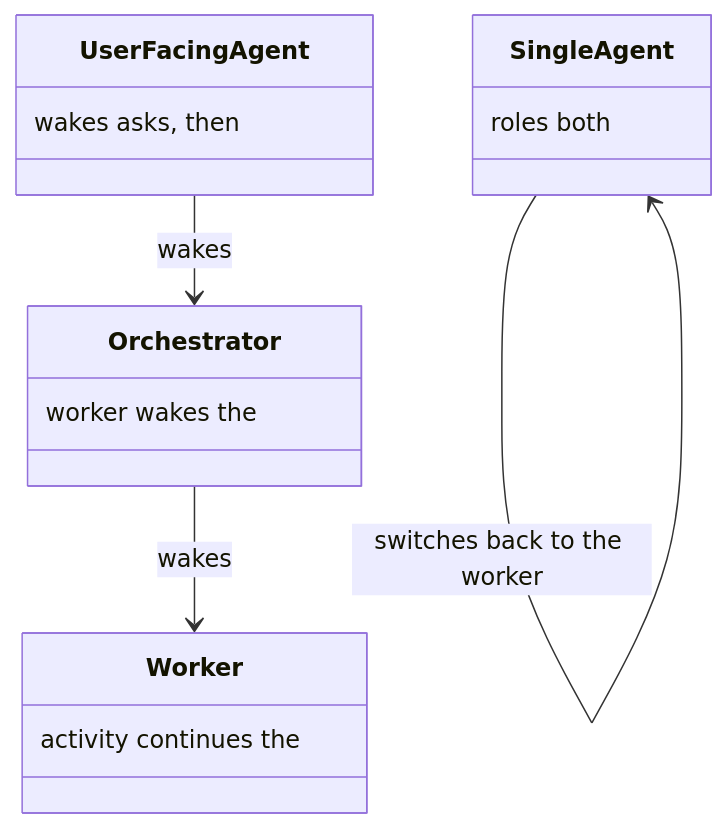
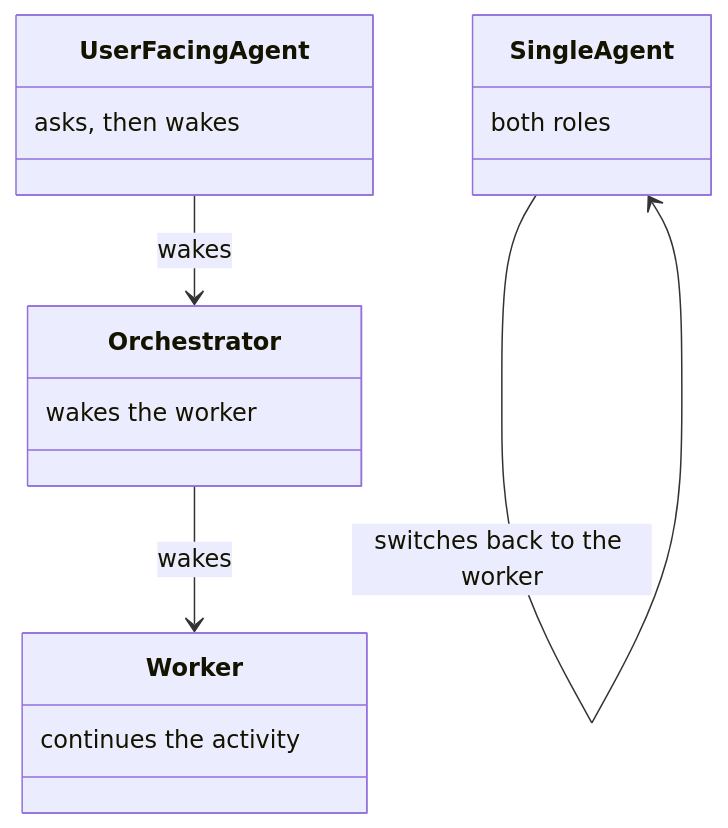
One commit to m2ux/workflow-server changed diagram 14 of 22 in docs/checkpoint.md. Above: the diagram before and after it, drawn with Mermaid. The commit also changed other lines of this file and 10 other files, not shown here.

Commit message:
Write each class-box note in reading order so the diagram shows the phrase as written.

````diff
--- a/docs/checkpoint.md
+++ b/docs/checkpoint.md
@@ -336,18 +336,18 @@
 ```mermaid
 classDiagram
   class UserFacingAgent {
-    wakes asks, then
+    asks, then wakes
   }
   class Orchestrator {
-    worker wakes the
+    wakes the worker
   }
   class Worker {
-    activity continues the
+    continues the activity
   }
   class SingleAgent {
-    roles both
+    both roles
   }
   UserFacingAgent --> Orchestrator : wakes
   Orchestrator --> Worker : wakes
   SingleAgent --> SingleAgent : switches back to the worker
 ```
````
